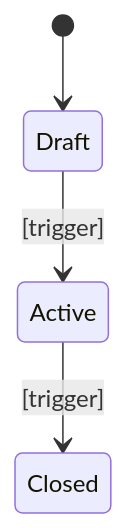
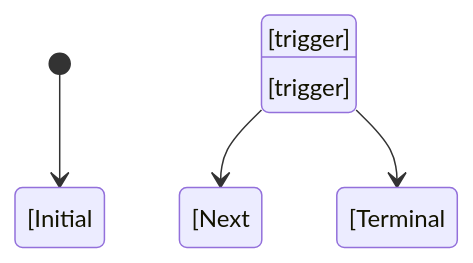
The third of 3 diagrams in skills/tell-me-the-domain/assets/templates/TECHNICAL_DOMAIN_GUIDE.template.md (PabloViniegra/tell-me-the-domain), drawn with Mermaid before and after one commit. The commit also changed other lines of this file and 15 other files, not shown here.

````diff
--- a/skills/tell-me-the-domain/assets/templates/TECHNICAL_DOMAIN_GUIDE.template.md
+++ b/skills/tell-me-the-domain/assets/templates/TECHNICAL_DOMAIN_GUIDE.template.md
@@ -79,6 +79,6 @@
 ```mermaid
 stateDiagram-v2
-    [*] --> Draft
-    Draft --> Active: [trigger]
-    Active --> Closed: [trigger]
+    [*] --> [Initial state]
+    [Initial state] --> [Next state]: [trigger]
+    [Next state] --> [Terminal state]: [trigger]
 ```
````
